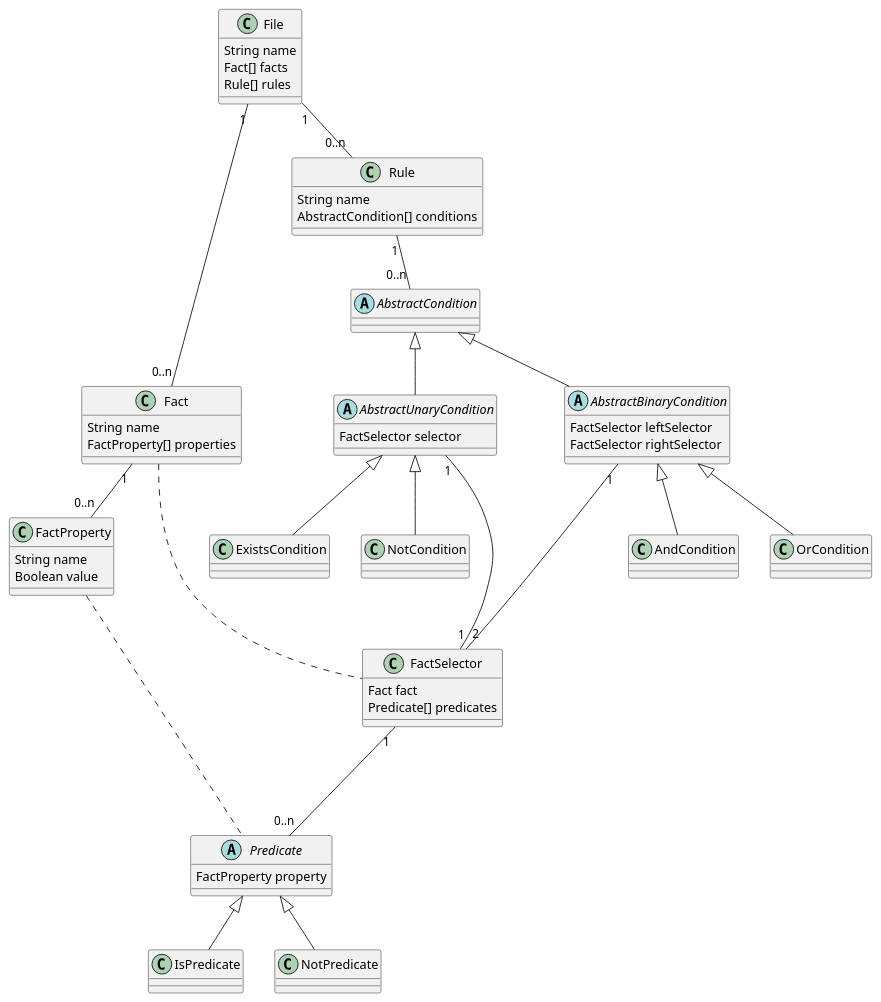
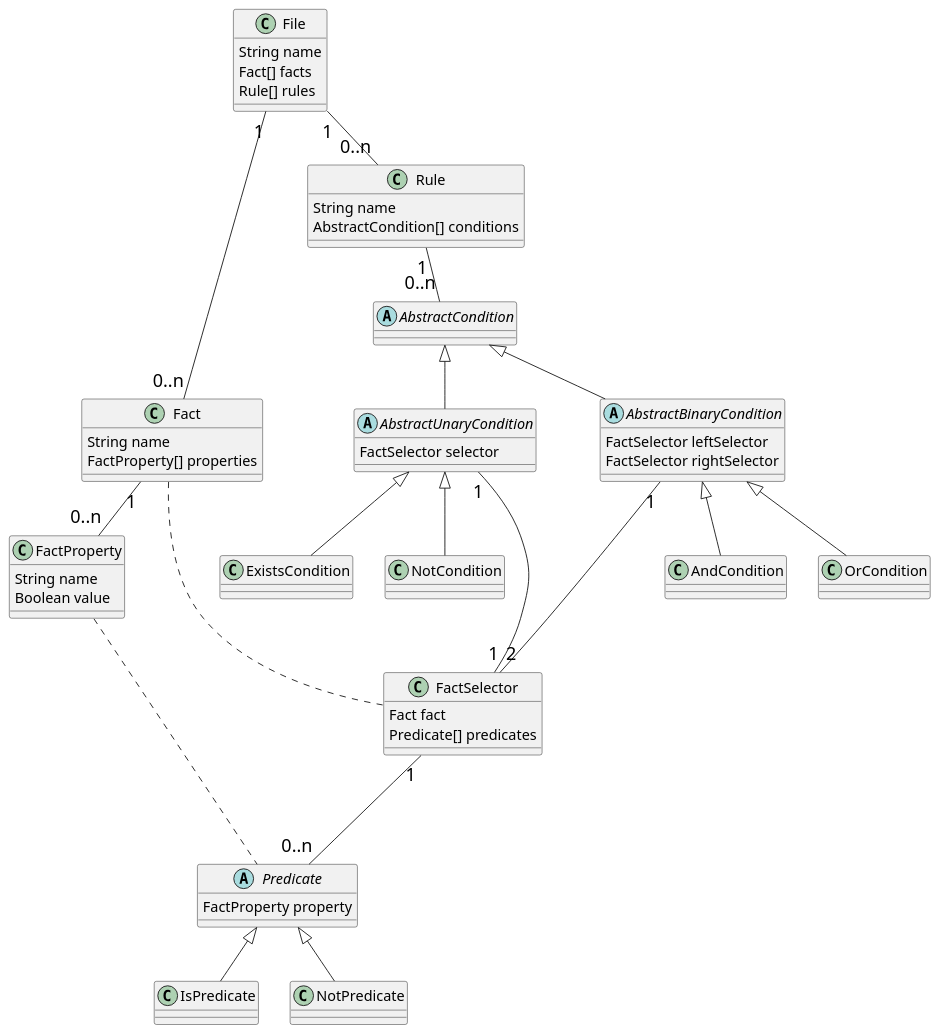
Before and after one commit to jewelEarthDeveloper/Thesis2021: the diagram in Thesis/Sections/images/ReallySimpleRule.wsd, drawn with PlantUML. The commit also changed 25 other files, not shown here.

```diff
--- a/Thesis/Sections/images/ReallySimpleRule.wsd
+++ b/Thesis/Sections/images/ReallySimpleRule.wsd
@@ -1,82 +1,86 @@
 @startuml "The Really Simple Rule Language"
+    skinparam ClassFontSize 16
+    skinparam ClassAttributeFontSize 16
+    skinparam ArrowFontSize 20
+ 
     class File
         File : String name
         File : Fact[] facts
         File : Rule[] rules 
 
     class Fact
         Fact : String name
         Fact : FactProperty[] properties
     
     File "1" -- "0..n" Fact
 
     class FactProperty
         FactProperty : String name
         FactProperty : Boolean value 
 
     Fact "1" -- "0..n" FactProperty
 
     class Rule
         Rule : String name
         Rule : AbstractCondition[] conditions
 
     File "1" -- "0..n" Rule
 
     abstract class AbstractCondition
         
     Rule "1" -- "0..n" AbstractCondition
     
     abstract class AbstractUnaryCondition
         AbstractUnaryCondition : FactSelector selector
 
     AbstractCondition <|-- AbstractUnaryCondition
 
     class ExistsCondition
 
     AbstractUnaryCondition <|-- ExistsCondition
 
     class NotCondition
 
     AbstractUnaryCondition <|-- NotCondition
 
     abstract class AbstractBinaryCondition
         AbstractBinaryCondition : FactSelector leftSelector
         AbstractBinaryCondition : FactSelector rightSelector
 
 
     class FactSelector
         FactSelector : Fact fact
         FactSelector : Predicate[] predicates
 
     AbstractUnaryCondition "1" --- "1" FactSelector
     AbstractBinaryCondition "1" --- "2" FactSelector
     Fact ... FactSelector
     
     AbstractCondition <|-- AbstractBinaryCondition
 
     class AndCondition
 
     AbstractBinaryCondition <|-- AndCondition
 
     class OrCondition
 
     AbstractBinaryCondition <|-- OrCondition
 
     abstract class Predicate
         Predicate : FactProperty property
 
     FactSelector "1" --- "0..n" Predicate
     FactProperty .... Predicate
     
     class IsPredicate
     
     Predicate <|-- IsPredicate
 
     class NotPredicate
 
     Predicate <|-- NotPredicate
     
     
         
 
 @enduml
```
